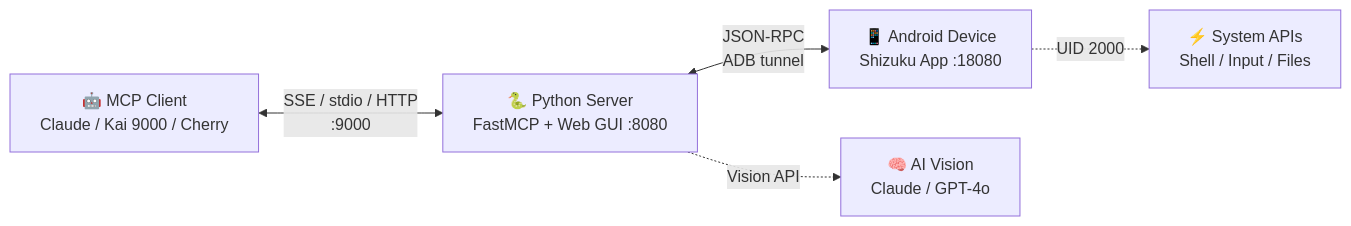
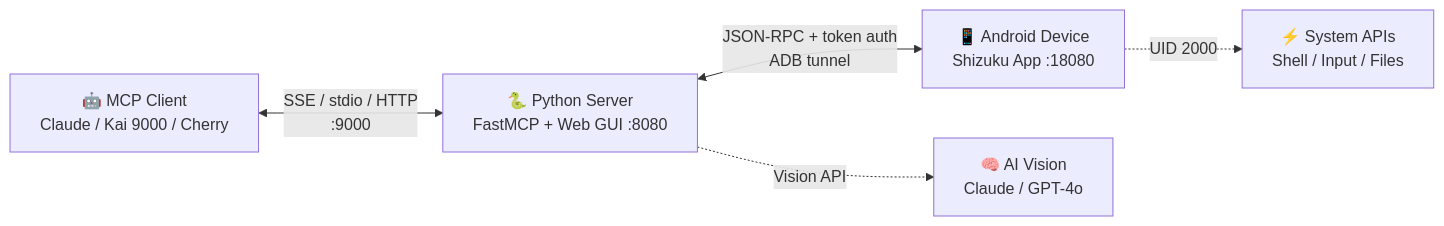
The diagram in README.md (shuao-pro/android-mcp), drawn with Mermaid before and after one commit. The commit also changed other lines of this file and 21 other files, not shown here.

First line of the commit message:
feat: unified Android bridge token auth + secure MCP binding

````diff
--- a/README.md
+++ b/README.md
@@ -24,12 +24,12 @@
 ```mermaid
 flowchart LR
     A["🤖 MCP Client<br/>Claude / Kai 9000 / Cherry"]
     B["🐍 Python Server<br/>FastMCP + Web GUI :8080"]
     C["📱 Android Device<br/>Shizuku App :18080"]
 
     A <-->|"SSE / stdio / HTTP<br/>:9000"| B
-    B <-->|"JSON-RPC<br/>ADB tunnel"| C
+    B <-->|"JSON-RPC + token auth<br/>ADB tunnel"| C
 
     B -.->|"Vision API"| D["🧠 AI Vision<br/>Claude / GPT-4o"]
     C -.->|"UID 2000"| E["⚡ System APIs<br/>Shell / Input / Files"]
 ```
````
